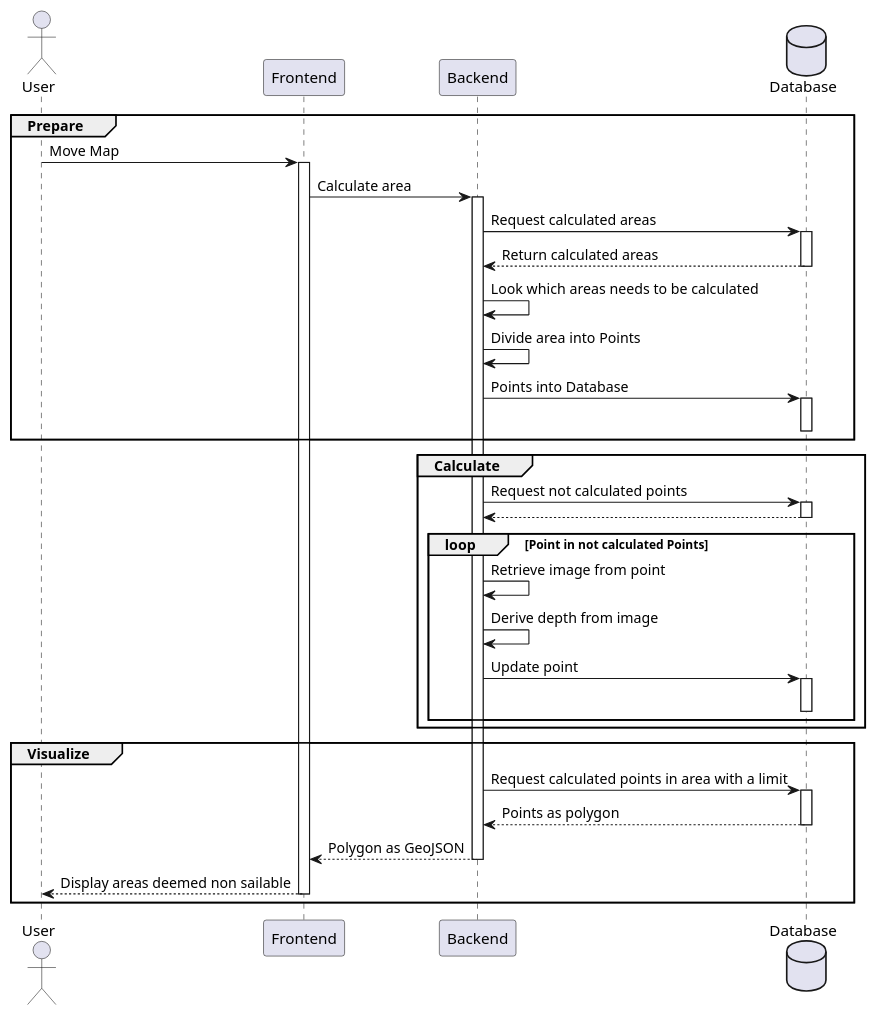
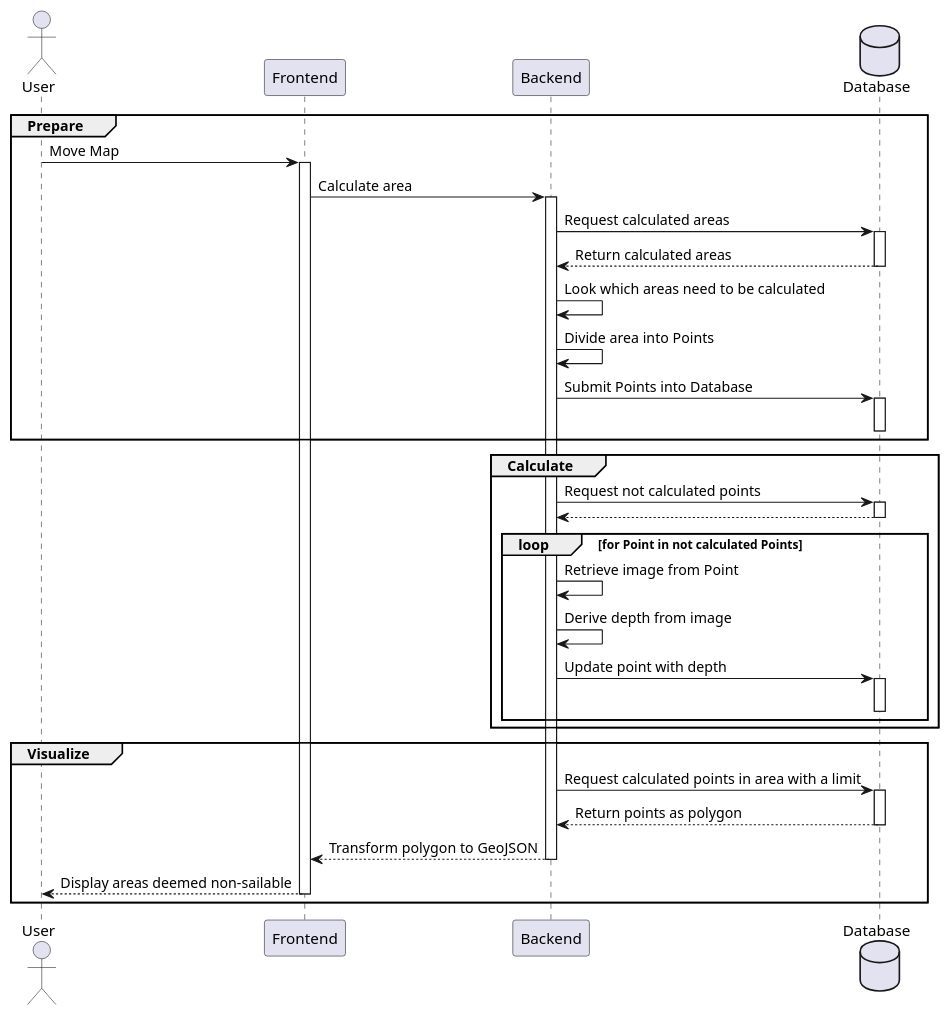
Before and after one commit to AlandSailingRobots/AerialImagesToWaterDepth: the diagram in backend/ServerSequenceGlobal.puml, drawn with PlantUML.

Commit message:
fix some typos in server sequence global puml

```diff
--- a/backend/ServerSequenceGlobal.puml
+++ b/backend/ServerSequenceGlobal.puml
@@ -1,45 +1,45 @@
 @startuml
 actor User
 participant "Frontend" as F
 participant "Backend" as B
 database "Database" as D
 
 
 group Prepare
     User -> F: Move Map
     activate F
     F -> B: Calculate area
 
     activate B
     B -> D: Request calculated areas
     activate D
     return Return calculated areas
-    B -> B : Look which areas needs to be calculated
+    B -> B : Look which areas need to be calculated
     B -> B : Divide area into Points
-    B -> D : Points into Database
+    B -> D : Submit Points into Database
     activate D
     deactivate D
 end
 group Calculate
     B ->  D: Request not calculated points
     activate D
     return
-        loop Point in not calculated Points
-            B ->B: Retrieve image from point
+        loop for Point in not calculated Points
+            B ->B: Retrieve image from Point
             B ->B: Derive depth from image
-            B ->D: Update point
+            B ->D: Update point with depth
             activate D
             deactivate D
         end
 end
 group Visualize
     B ->  D: Request calculated points in area with a limit
     activate D
-    return Points as polygon
-    return Polygon as GeoJSON
-return Display areas deemed non sailable
+    return Return points as polygon
+    return Transform polygon to GeoJSON
+return Display areas deemed non-sailable
 end
 
 
 
 @enduml
```
